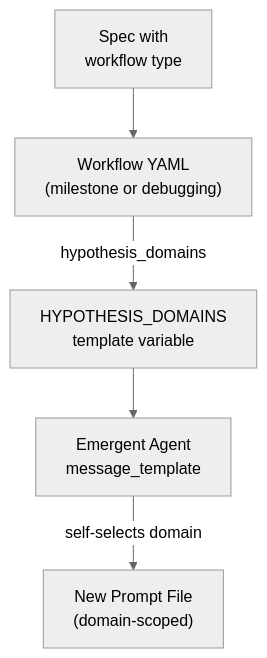
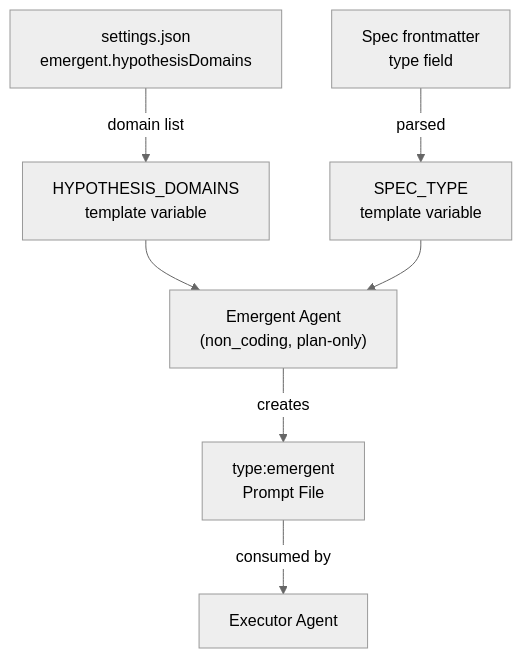
Before and after one commit to kalem-edlin/all-hands-cli: the diagram in docs/agents/workflow-agent-orchestration.md, drawn with Mermaid (neutral theme). The commit also changed other lines of this file and 17 other files, not shown here.

````diff
--- a/docs/agents/workflow-agent-orchestration.md
+++ b/docs/agents/workflow-agent-orchestration.md
@@ -41,7 +42,9 @@
 ```mermaid
 flowchart TD
-    Spec["Spec with\nworkflow type"] --> WF["Workflow YAML\n(milestone or debugging)"]
-    WF -->|"hypothesis_domains"| TV["HYPOTHESIS_DOMAINS\ntemplate variable"]
-    TV --> Emergent["Emergent Agent\nmessage_template"]
-    Emergent -->|"self-selects domain"| Prompt["New Prompt File\n(domain-scoped)"]
+    Settings["settings.json\nemergent.hypothesisDomains"] -->|"domain list"| TV["HYPOTHESIS_DOMAINS\ntemplate variable"]
+    Spec["Spec frontmatter\ntype field"] -->|"parsed"| ST["SPEC_TYPE\ntemplate variable"]
+    TV --> Emergent["Emergent Agent\n(non_coding, plan-only)"]
+    ST --> Emergent
+    Emergent -->|"creates"| Prompt["type:emergent\nPrompt File"]
+    Prompt -->|"consumed by"| Executor["Executor Agent"]
 ```
````
